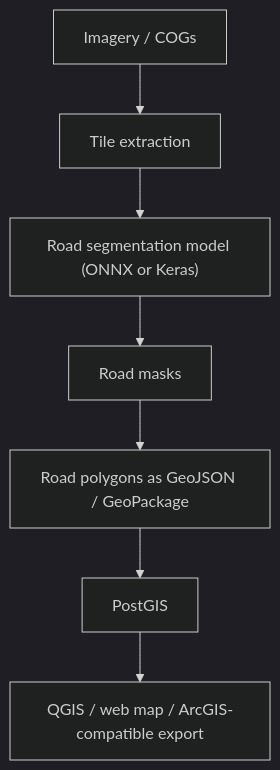
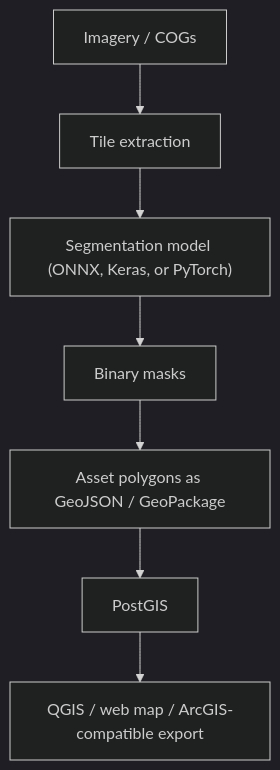
The diagram in README.md (JosephDillard/geoai-asset-detection-platform), drawn with Mermaid (dark theme) before and after one commit. The commit also changed other lines of this file and 12 other files, not shown here.

````diff
--- a/README.md
+++ b/README.md
@@ -9,9 +9,9 @@
 ```mermaid
 flowchart TD
     A["Imagery / COGs"] --> B["Tile extraction"]
-    B --> C["Road segmentation model (ONNX or Keras)"]
-    C --> D["Road masks"]
-    D --> E["Road polygons as GeoJSON / GeoPackage"]
+    B --> C["Segmentation model (ONNX, Keras, or PyTorch)"]
+    C --> D["Binary masks"]
+    D --> E["Asset polygons as GeoJSON / GeoPackage"]
     E --> F["PostGIS"]
     F --> G["QGIS / web map / ArcGIS-compatible export"]
 ```
````
